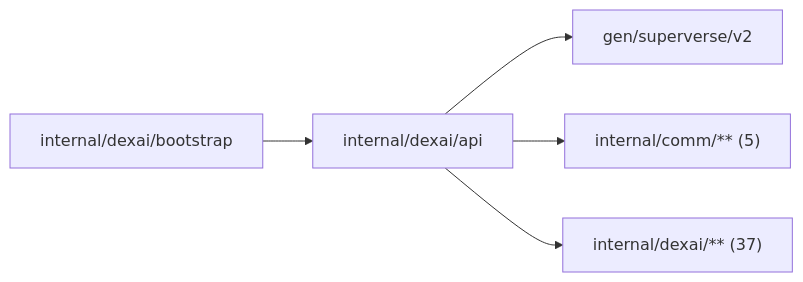
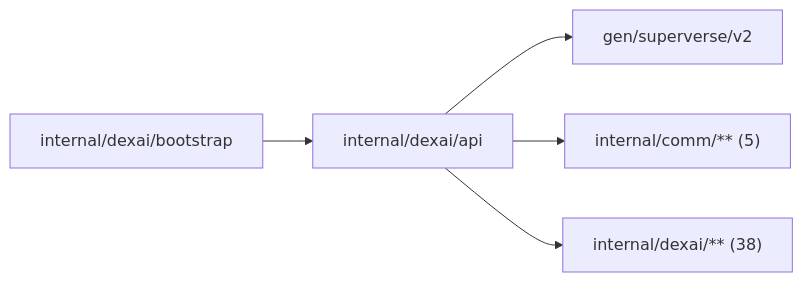
One commit to superdurable/superverse changed the diagram in internal/dexai/api/README.md. Above: the diagram before and after it, drawn with Mermaid. The commit also changed other lines of this file and 34 other files, not shown here.

````diff
--- a/internal/dexai/api/README.md
+++ b/internal/dexai/api/README.md
@@ -10,8 +10,8 @@
 ```mermaid
 flowchart LR
   self["internal/dexai/api"]
   c0["internal/dexai/bootstrap"] --> self
   self --> d0["gen/superverse/v2"]
   self --> d1["internal/comm/** (5)"]
-  self --> d2["internal/dexai/** (37)"]
+  self --> d2["internal/dexai/** (38)"]
 ```
````
